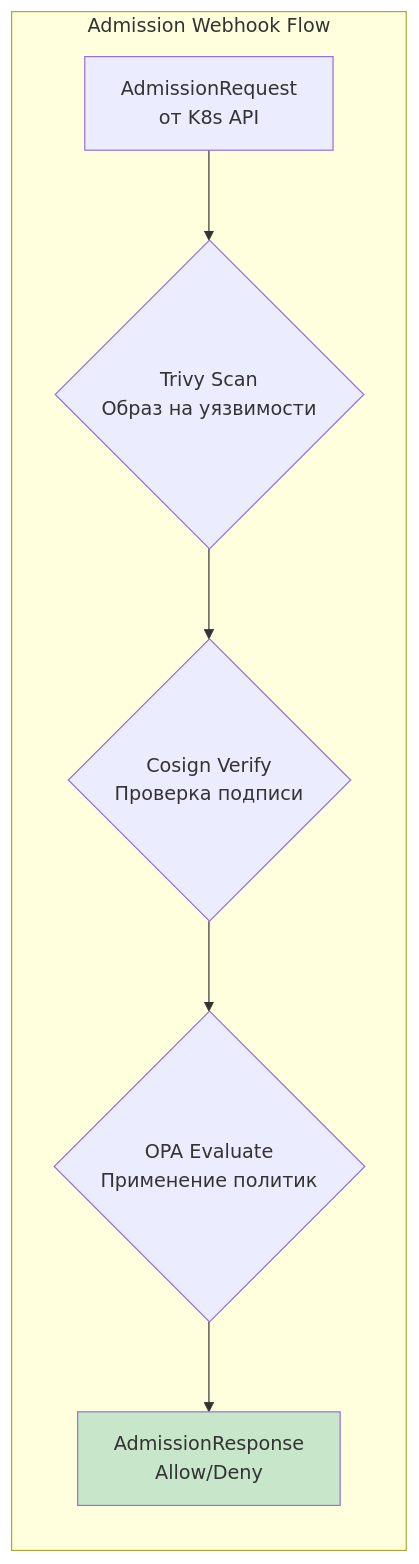
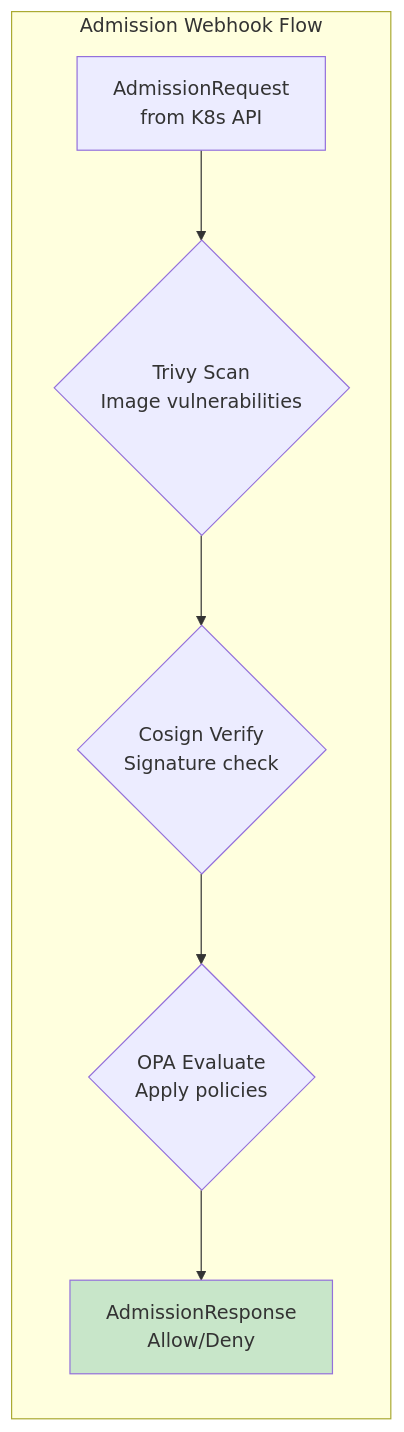
One commit to lanebo1/MTS-Engineering-Hack-2025 changed the second of 2 diagrams in README.md. Above: the diagram before and after it, drawn with Mermaid. The commit also changed other lines of this file and 15 other files, not shown here.

````diff
--- a/README.md
+++ b/README.md
@@ -86,17 +86,17 @@
 ```mermaid
 graph LR
     subgraph "Admission Webhook Flow"
-        K[AdmissionRequest<br/>от K8s API]
-        L{Trivy Scan<br/>Образ на уязвимости}
-        M{Cosign Verify<br/>Проверка подписи}
-        N{OPA Evaluate<br/>Применение политик}
+        K[AdmissionRequest<br/>from K8s API]
+        L{Trivy Scan<br/>Image vulnerabilities}
+        M{Cosign Verify<br/>Signature check}
+        N{OPA Evaluate<br/>Apply policies}
         O[AdmissionResponse<br/>Allow/Deny]
     end
 
     K --> L
     L --> M
     M --> N
     N --> O
 
     style O fill:#c8e6c9
 ```
````
